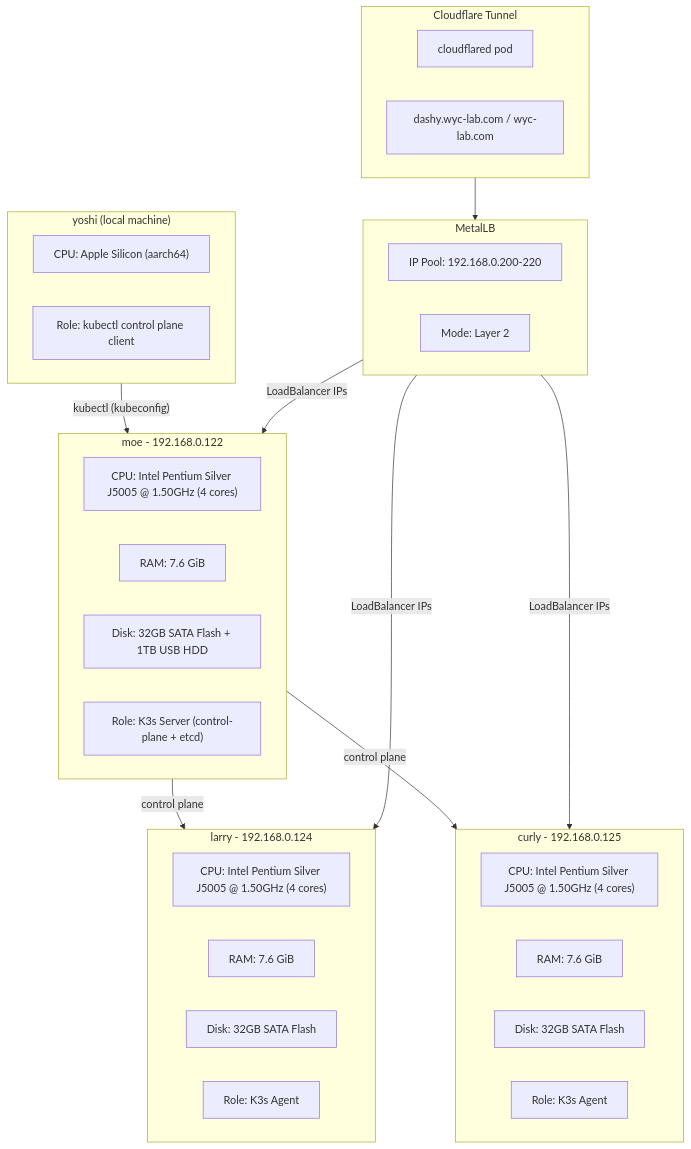
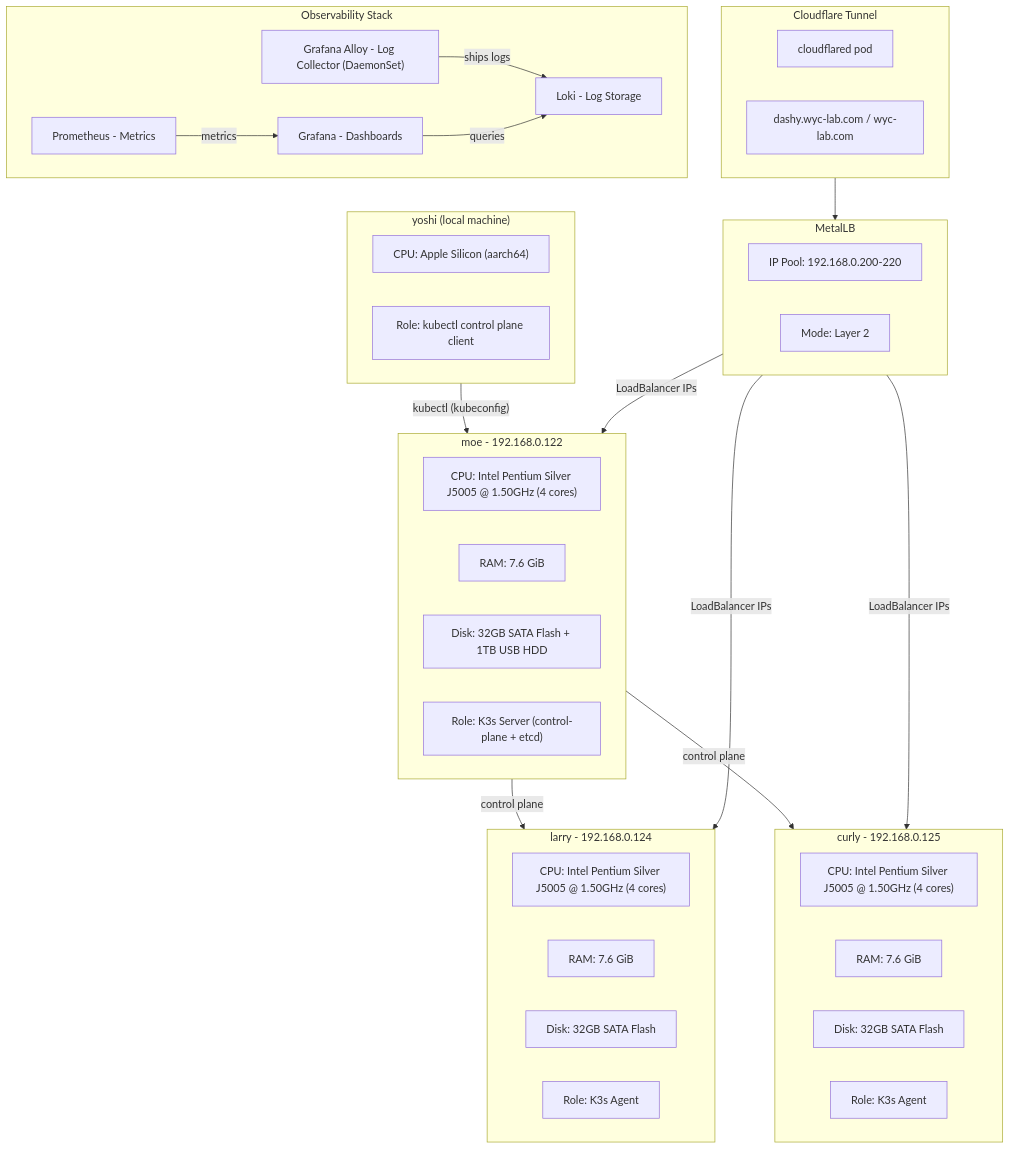
One commit to JamesRivers/k8s-labs changed the diagram in README.md. Above: the diagram before and after it, drawn with Mermaid. The commit also changed other lines of this file and 4 other files, not shown here.

Commit message:
update docs with observability stack (Loki, Alloy, Prometheus, Grafana)

````diff
--- a/README.md
+++ b/README.md
@@ -3,46 +3,57 @@
 ```mermaid
 graph TB
     subgraph yoshi["yoshi (local machine)"]
         Y_CPU["CPU: Apple Silicon (aarch64)"]
         Y_ROLE["Role: kubectl control plane client"]
     end
 
     subgraph moe["moe - 192.168.0.122"]
         M_CPU["CPU: Intel Pentium Silver J5005 @ 1.50GHz (4 cores)"]
         M_RAM["RAM: 7.6 GiB"]
         M_DISK["Disk: 32GB SATA Flash + 1TB USB HDD"]
         M_ROLE["Role: K3s Server (control-plane + etcd)"]
     end
 
     subgraph larry["larry - 192.168.0.124"]
         L_CPU["CPU: Intel Pentium Silver J5005 @ 1.50GHz (4 cores)"]
         L_RAM["RAM: 7.6 GiB"]
         L_DISK["Disk: 32GB SATA Flash"]
         L_ROLE["Role: K3s Agent"]
     end
 
     subgraph curly["curly - 192.168.0.125"]
         C_CPU["CPU: Intel Pentium Silver J5005 @ 1.50GHz (4 cores)"]
         C_RAM["RAM: 7.6 GiB"]
         C_DISK["Disk: 32GB SATA Flash"]
         C_ROLE["Role: K3s Agent"]
     end
 
     subgraph metallb["MetalLB"]
         LB_POOL["IP Pool: 192.168.0.200-220"]
         LB_MODE["Mode: Layer 2"]
     end
 
     subgraph cloudflare["Cloudflare Tunnel"]
         CF["cloudflared pod"]
         CF_DNS["dashy.wyc-lab.com / wyc-lab.com"]
     end
 
     yoshi -- "kubectl (kubeconfig)" --> moe
     moe -- "control plane" --> larry
     moe -- "control plane" --> curly
     metallb -- "LoadBalancer IPs" --> moe
     metallb -- "LoadBalancer IPs" --> larry
     metallb -- "LoadBalancer IPs" --> curly
     cloudflare --> metallb
+
+    subgraph observability["Observability Stack"]
+        LOKI["Loki - Log Storage"]
+        ALLOY["Grafana Alloy - Log Collector (DaemonSet)"]
+        PROM["Prometheus - Metrics"]
+        GRAFANA["Grafana - Dashboards"]
+    end
+
+    ALLOY -- "ships logs" --> LOKI
+    PROM -- "metrics" --> GRAFANA
+    GRAFANA -- "queries" --> LOKI
 ```
````
